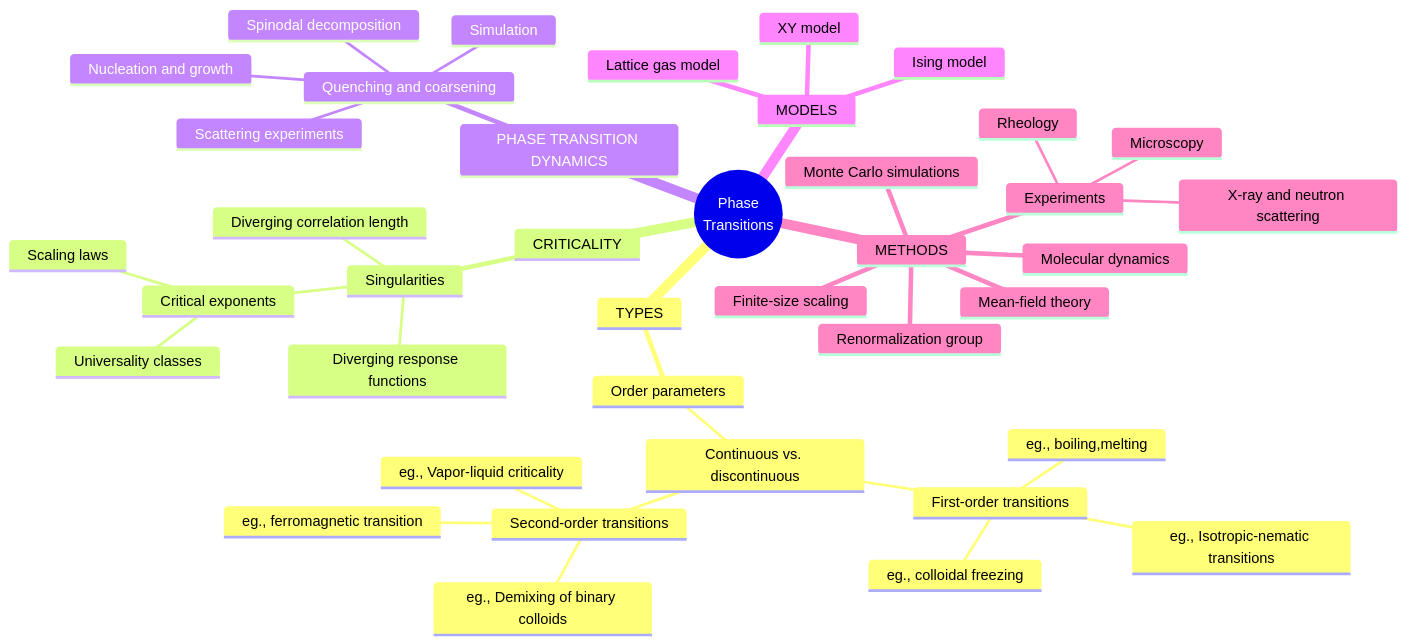
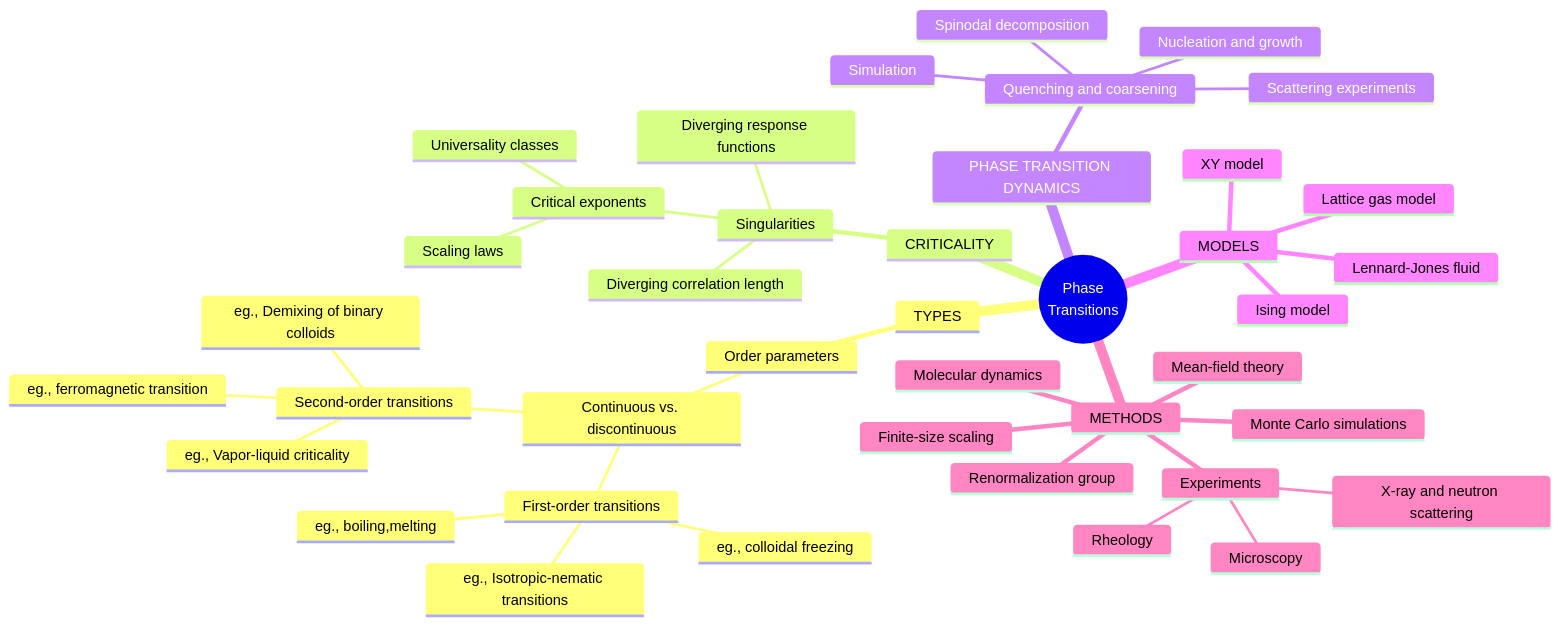
One commit to FTurci/course-disordered-matter changed the first of 2 diagrams in quarto/phase-transitions/concepts_map.qmd. Above: the diagram before and after it, drawn with Mermaid. The commit also changed 4 other files, not shown here.

````diff
--- a/quarto/phase-transitions/concepts_map.qmd
+++ b/quarto/phase-transitions/concepts_map.qmd
@@ -5,44 +5,45 @@
 ```{mermaid}
 mindmap
   root((Phase 
   Transitions))
     TYPES
       Order parameters
         Continuous vs. discontinuous
           First-order transitions            
             eg., colloidal freezing
             eg., boiling,melting
             eg., Isotropic-nematic transitions
           Second-order transitions
             eg., ferromagnetic transition
             eg., Vapor-liquid criticality
             eg., Demixing of binary colloids
     CRITICALITY
       Singularities
         Diverging correlation length
         Diverging response functions
         Critical exponents
           Scaling laws
           Universality classes   
     PHASE TRANSITION DYNAMICS
       Quenching and coarsening
         Nucleation and growth
         Spinodal decomposition
         Simulation
         Scattering experiments
     MODELS
       Ising model
       Lattice gas model
+      Lennard-Jones fluid
       XY model
     METHODS
       Mean-field theory
       Renormalization group
       Monte Carlo simulations
       Finite-size scaling
       Molecular dynamics
       Experiments
         X-ray and neutron scattering
         Microscopy
         Rheology
 
 ```
````
